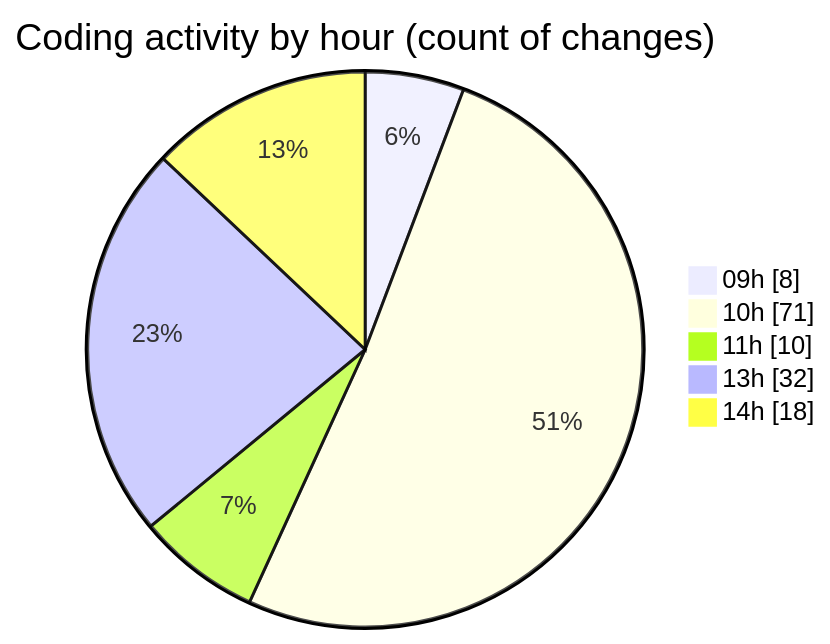
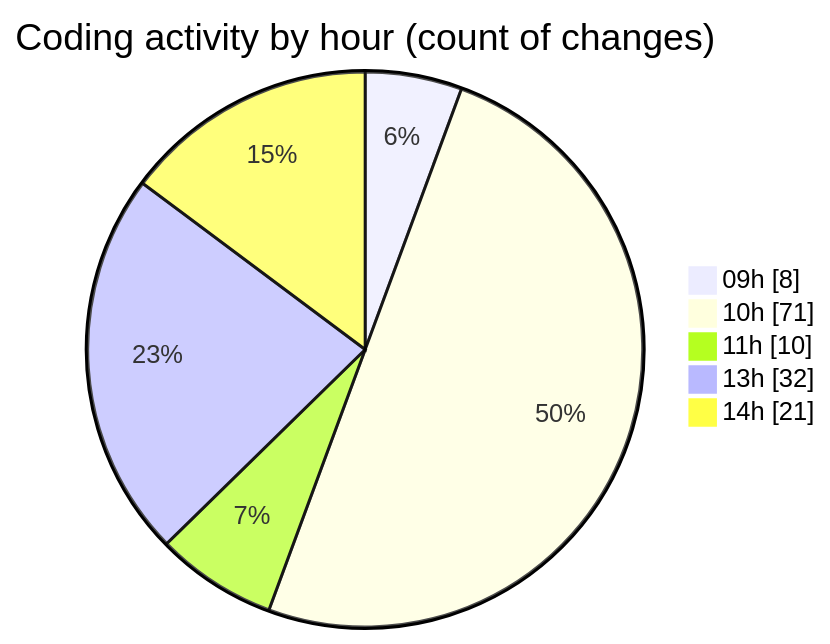
The second of 2 diagrams in 2025-06-03/ecodeli-1/README.md (CELIANVF/code-tracking), drawn with Mermaid before and after one commit. The commit also changed other lines of this file and 1 other file, not shown here.

````diff
--- a/2025-06-03/ecodeli-1/README.md
+++ b/2025-06-03/ecodeli-1/README.md
@@ -74,9 +74,9 @@
 ```mermaid
 pie showData
 title Coding activity by hour (count of changes)
 "09h" : 8
 "10h" : 71
 "11h" : 10
 "13h" : 32
-"14h" : 18
+"14h" : 21
 ```
````
